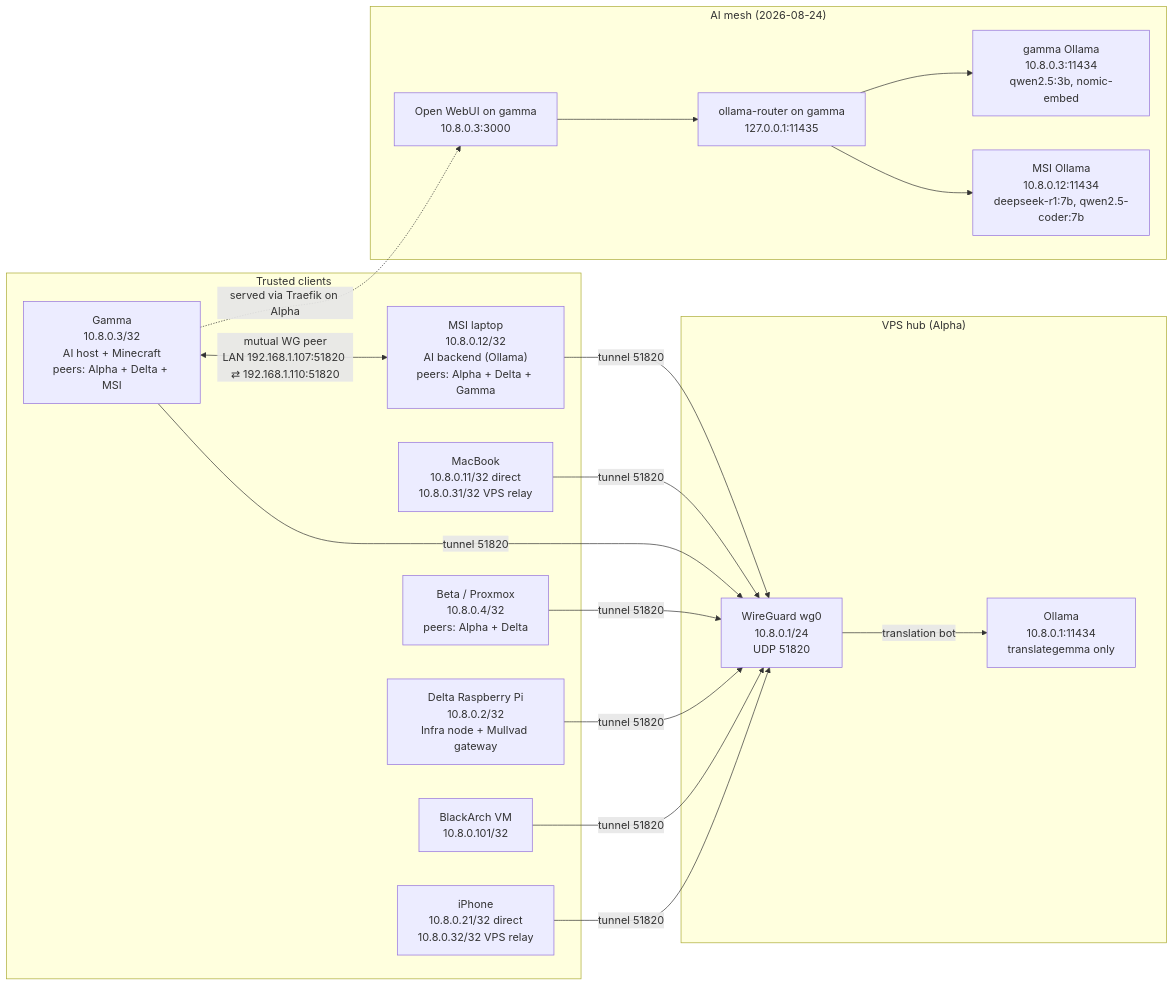
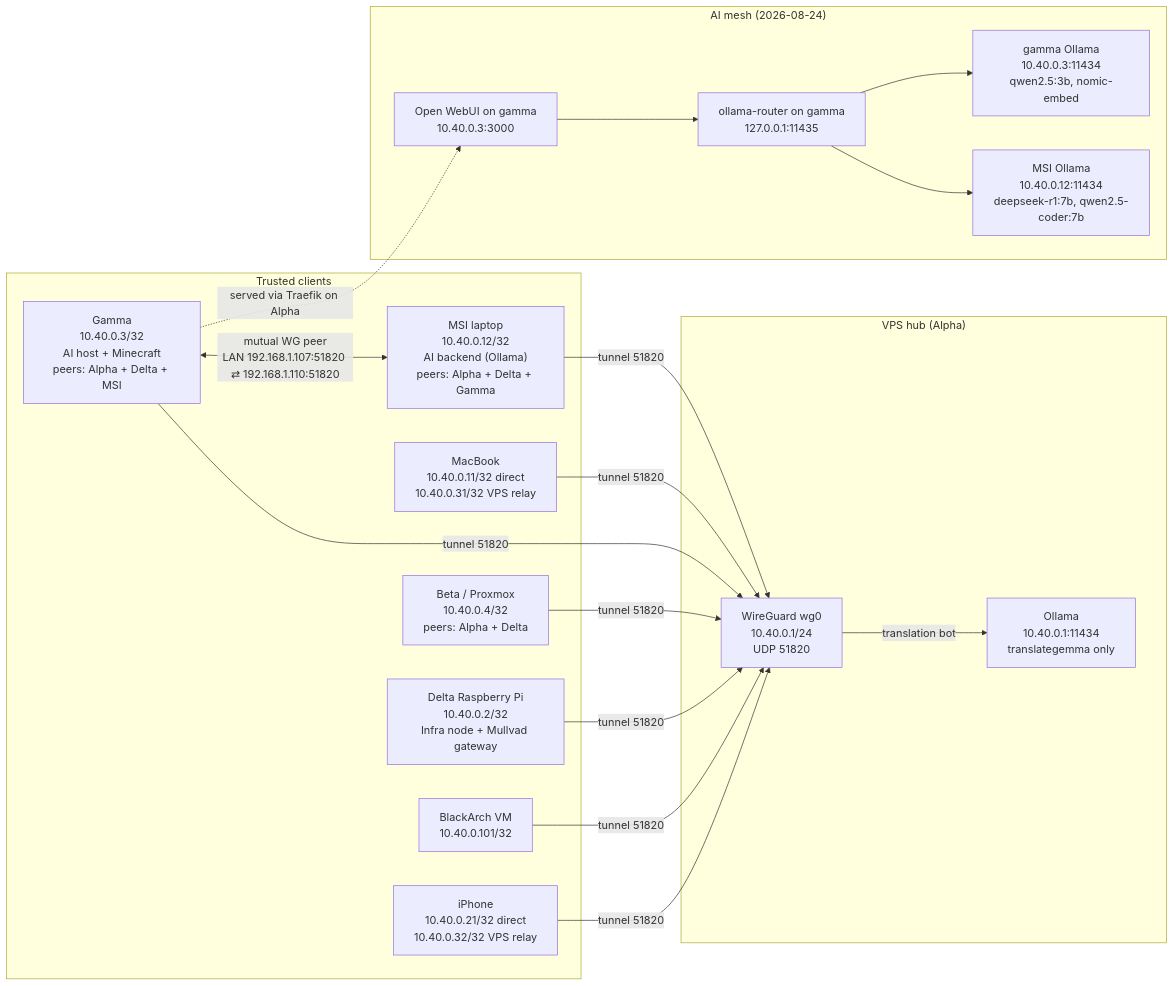
The diagram in content/docs/vps-alpha/wireguard.mdx (Manuel0516/zero-five-handbook), drawn with Mermaid before and after one commit. The commit also changed other lines of this file and 52 other files, not shown here.

Commit message:
Document 10.40 WireGuard mesh migration

````diff
--- a/content/docs/vps-alpha/wireguard.mdx
+++ b/content/docs/vps-alpha/wireguard.mdx
@@ -20,39 +20,39 @@
 ```mermaid
 flowchart LR
     subgraph clients["Trusted clients"]
-        msi["MSI laptop<br/>10.8.0.12/32<br/>AI backend (Ollama)<br/>peers: Alpha + Delta + Gamma"]
-        macbook["MacBook<br/>10.8.0.11/32 direct<br/>10.8.0.31/32 VPS relay"]
-        gamma["Gamma<br/>10.8.0.3/32<br/>AI host + Minecraft<br/>peers: Alpha + Delta + MSI"]
-        beta["Beta / Proxmox<br/>10.8.0.4/32<br/>peers: Alpha + Delta"]
-        delta["Delta Raspberry Pi<br/>10.8.0.2/32<br/>Infra node + Mullvad gateway"]
-        blackarch["BlackArch VM<br/>10.8.0.101/32"]
-        iphone["iPhone<br/>10.8.0.21/32 direct<br/>10.8.0.32/32 VPS relay"]
+        msi["MSI laptop<br/>10.40.0.12/32<br/>AI backend (Ollama)<br/>peers: Alpha + Delta + Gamma"]
+        macbook["MacBook<br/>10.40.0.11/32 direct<br/>10.40.0.31/32 VPS relay"]
+        gamma["Gamma<br/>10.40.0.3/32<br/>AI host + Minecraft<br/>peers: Alpha + Delta + MSI"]
+        beta["Beta / Proxmox<br/>10.40.0.4/32<br/>peers: Alpha + Delta"]
+        delta["Delta Raspberry Pi<br/>10.40.0.2/32<br/>Infra node + Mullvad gateway"]
+        blackarch["BlackArch VM<br/>10.40.0.101/32"]
+        iphone["iPhone<br/>10.40.0.21/32 direct<br/>10.40.0.32/32 VPS relay"]
     end
 
     subgraph vps["VPS hub (Alpha)"]
-        wg["WireGuard wg0<br/>10.8.0.1/24<br/>UDP 51820"]
-        ollama["Ollama<br/>10.8.0.1:11434<br/>translategemma only"]
+        wg["WireGuard wg0<br/>10.40.0.1/24<br/>UDP 51820"]
+        ollama["Ollama<br/>10.40.0.1:11434<br/>translategemma only"]
     end
 
     subgraph ai["AI mesh (2026-08-24)"]
-        gwui["Open WebUI on gamma<br/>10.8.0.3:3000"]
+        gwui["Open WebUI on gamma<br/>10.40.0.3:3000"]
         router["ollama-router on gamma<br/>127.0.0.1:11435"]
-        gm["gamma Ollama<br/>10.8.0.3:11434<br/>qwen2.5:3b, nomic-embed"]
-        msm["MSI Ollama<br/>10.8.0.12:11434<br/>deepseek-r1:7b, qwen2.5-coder:7b"]
+        gm["gamma Ollama<br/>10.40.0.3:11434<br/>qwen2.5:3b, nomic-embed"]
+        msm["MSI Ollama<br/>10.40.0.12:11434<br/>deepseek-r1:7b, qwen2.5-coder:7b"]
     end
 
     msi -->|"tunnel 51820"| wg
     macbook -->|"tunnel 51820"| wg
     gamma -->|"tunnel 51820"| wg
     beta -->|"tunnel 51820"| wg
     delta -->|"tunnel 51820"| wg
     blackarch -->|"tunnel 51820"| wg
     iphone -->|"tunnel 51820"| wg
     wg -->|"translation bot"| ollama
 
     gamma <-->|"mutual WG peer<br/>LAN 192.168.1.107:51820 ⇄ 192.168.1.110:51820"| msi
     gwui --> router
     router --> gm
     router --> msm
     gamma -. "served via Traefik on Alpha" .-> gwui
 ```
````
